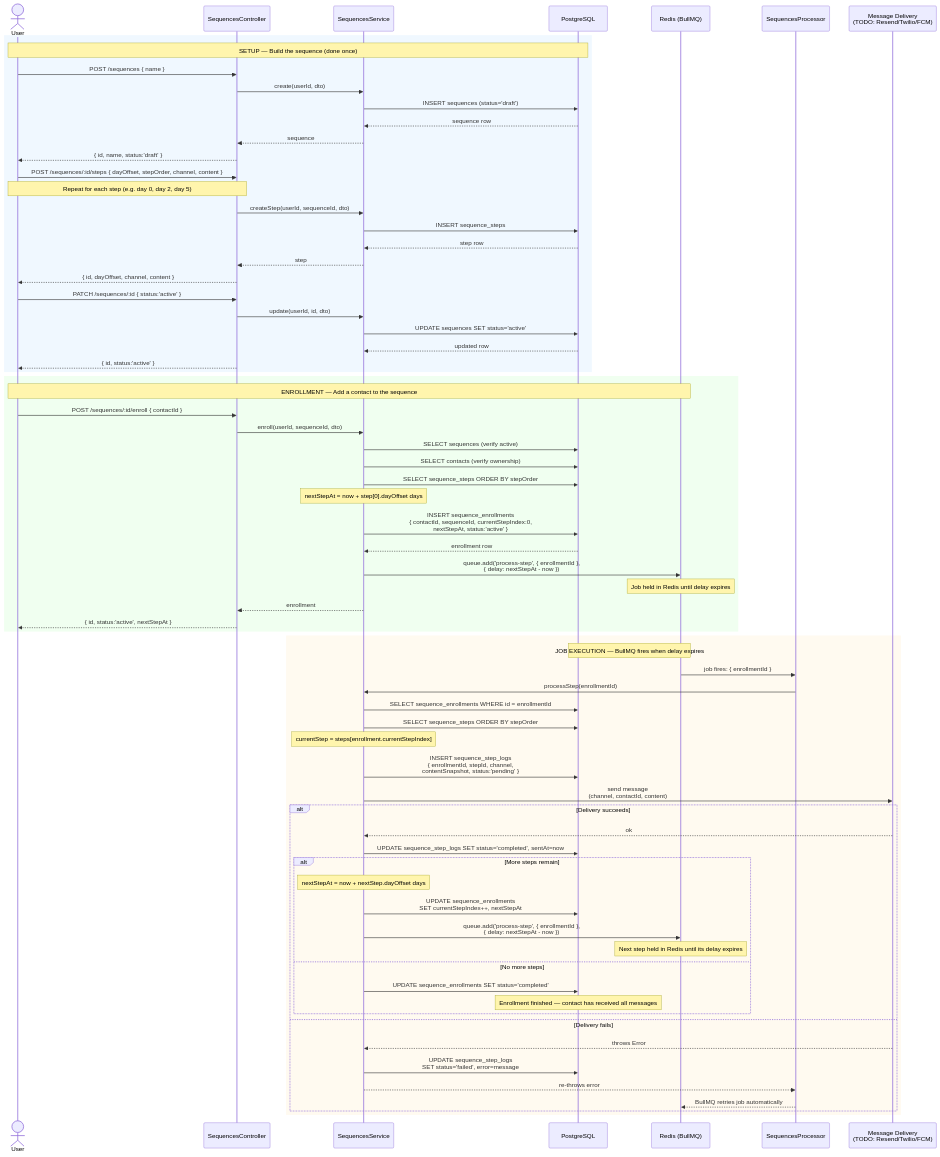
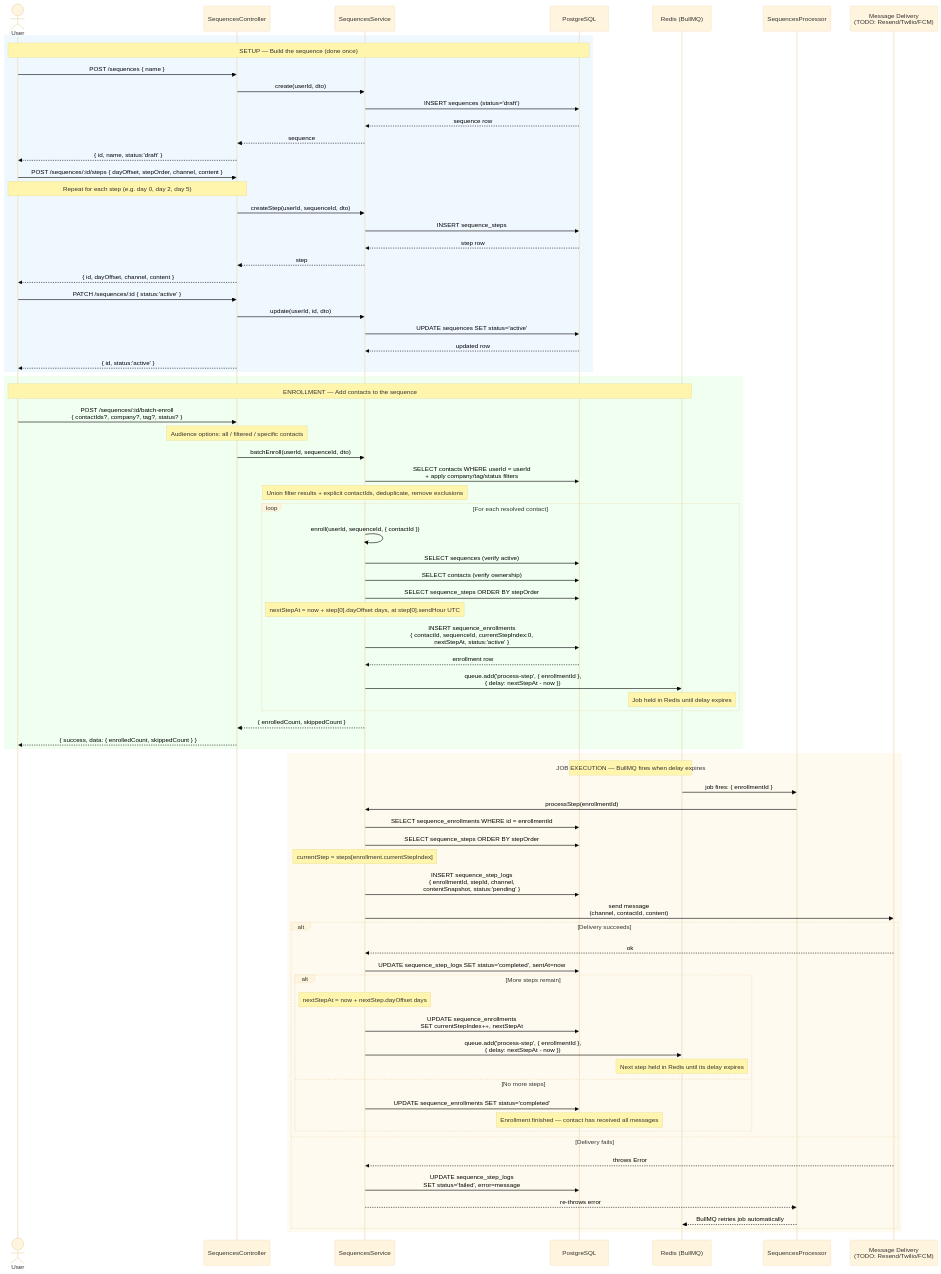
Before and after one commit to JojayD/crm_pavilion: the first of 3 diagrams in apps/api/src/sequences/sequences.flow.md, drawn with Mermaid. The commit also changed other lines of this file and 11 other files, not shown here.

First line of the commit message:
Implemened batch enrollment and enrollment removal features

````diff
--- a/apps/api/src/sequences/sequences.flow.md
+++ b/apps/api/src/sequences/sequences.flow.md
@@ -5,4 +37,5 @@
 ```mermaid
+%%{init: {'theme': 'base', 'themeVariables': {'signalColor': '#000000', 'lineColor': '#000000', 'signalTextColor': '#000000'}}}%%
 sequenceDiagram
     actor User
     participant Controller as SequencesController
@@ -40,20 +73,26 @@
 
     %% ── ENROLLMENT PHASE ─────────────────────────────────────────────────────
     rect rgb(240, 255, 240)
-        Note over User,Redis: ENROLLMENT — Add a contact to the sequence
+        Note over User,Redis: ENROLLMENT — Add contacts to the sequence
 
-        User->>Controller: POST /sequences/:id/enroll { contactId }
-        Controller->>Service: enroll(userId, sequenceId, dto)
-        Service->>DB: SELECT sequences (verify active)
-        Service->>DB: SELECT contacts (verify ownership)
-        Service->>DB: SELECT sequence_steps ORDER BY stepOrder
-        Note over Service: nextStepAt = now + step[0].dayOffset days
-        Service->>DB: INSERT sequence_enrollments<br/>{ contactId, sequenceId, currentStepIndex:0,<br/>  nextStepAt, status:'active' }
-        DB-->>Service: enrollment row
-        Service->>Redis: queue.add('process-step', { enrollmentId },<br/>{ delay: nextStepAt - now })
-        Note over Redis: Job held in Redis until delay expires
-        Service-->>Controller: enrollment
-        Controller-->>User: { id, status:'active', nextStepAt }
+        User->>Controller: POST /sequences/:id/batch-enroll<br/>{ contactIds?, company?, tag?, status? }
+        Note over Controller: Audience options: all / filtered / specific contacts
+        Controller->>Service: batchEnroll(userId, sequenceId, dto)
+        Service->>DB: SELECT contacts WHERE userId = userId<br/>+ apply company/tag/status filters
+        Note over Service: Union filter results + explicit contactIds, deduplicate, remove exclusions
+        loop For each resolved contact
+            Service->>Service: enroll(userId, sequenceId, { contactId })
+            Service->>DB: SELECT sequences (verify active)
+            Service->>DB: SELECT contacts (verify ownership)
+            Service->>DB: SELECT sequence_steps ORDER BY stepOrder
+            Note over Service: nextStepAt = now + step[0].dayOffset days, at step[0].sendHour UTC
+            Service->>DB: INSERT sequence_enrollments<br/>{ contactId, sequenceId, currentStepIndex:0,<br/>  nextStepAt, status:'active' }
+            DB-->>Service: enrollment row
+            Service->>Redis: queue.add('process-step', { enrollmentId },<br/>{ delay: nextStepAt - now })
+            Note over Redis: Job held in Redis until delay expires
+        end
+        Service-->>Controller: { enrolledCount, skippedCount }
+        Controller-->>User: { success, data: { enrolledCount, skippedCount } }
     end
 
     %% ── JOB EXECUTION PHASE ──────────────────────────────────────────────────
````
